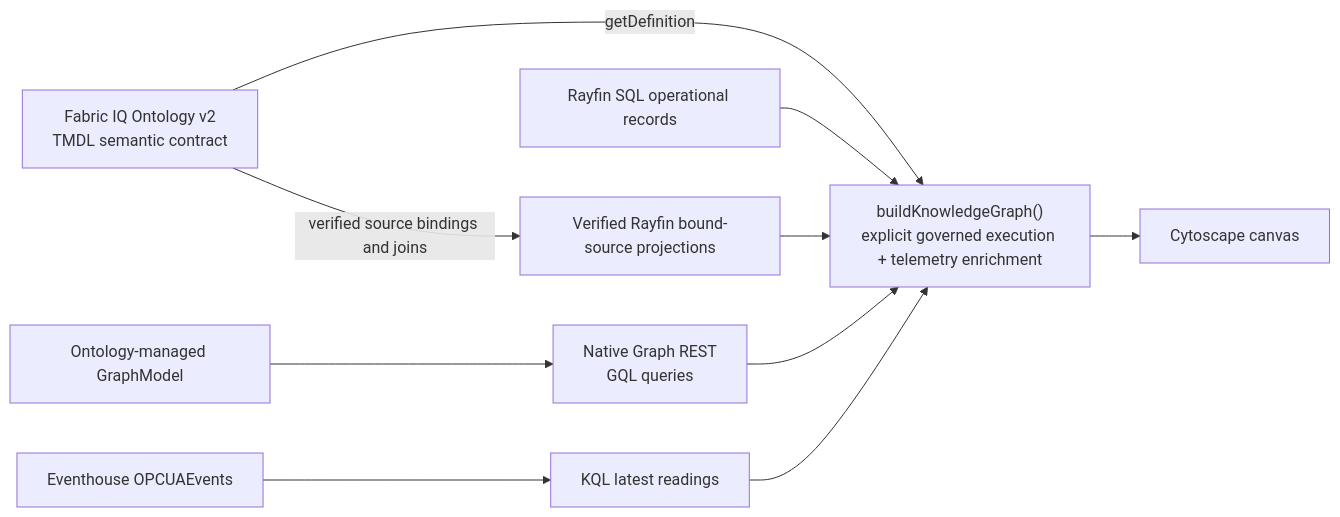
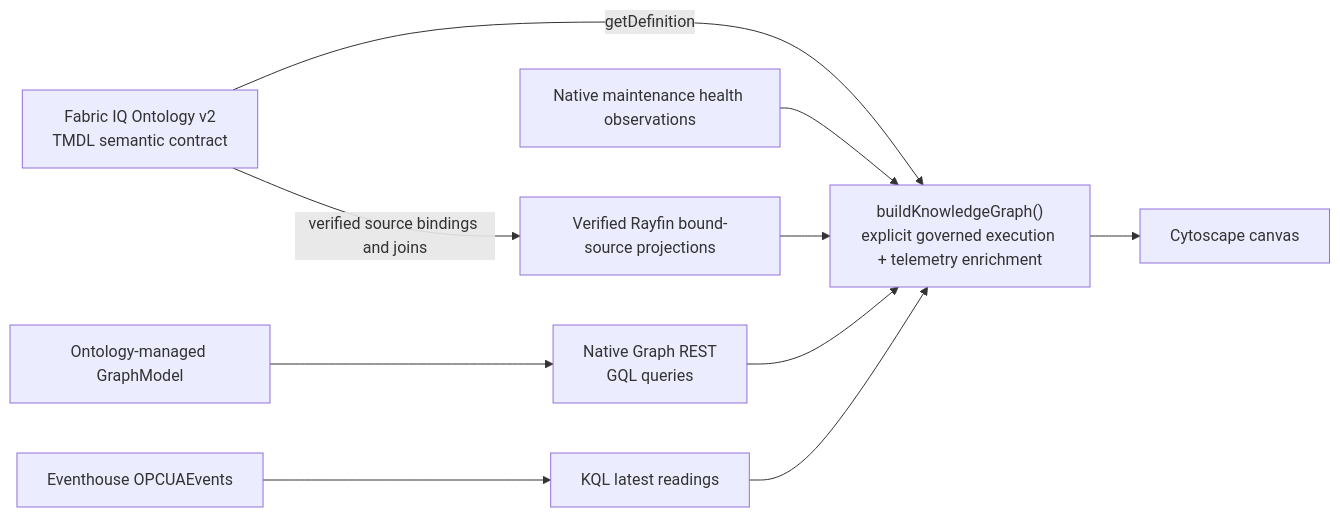
The diagram in docs/knowledge-graph.md (dibakardharchoudhury/FabricIQAppsDEMO), drawn with Mermaid before and after one commit. The commit also changed other lines of this file and 1 other file, not shown here.

````diff
--- a/docs/knowledge-graph.md
+++ b/docs/knowledge-graph.md
@@ -550,19 +563,19 @@
 ```mermaid
 flowchart LR
    DEF["Fabric IQ Ontology v2\nTMDL semantic contract"]
    GM["Ontology-managed GraphModel"]
    SRC["Verified Rayfin bound-source projections"]
     EH["Eventhouse OPCUAEvents"]
-    SQL["Rayfin SQL operational records"]
+    SQL["Native maintenance health observations"]
    GQL["Native Graph REST\nGQL queries"]
     KQL["KQL latest readings"]
    BUILD["buildKnowledgeGraph()\nexplicit governed execution + telemetry enrichment"]
     CY["Cytoscape canvas"]
 
    DEF -->|"getDefinition"| BUILD
    GM --> GQL --> BUILD
    DEF -->|"verified source bindings and joins"| SRC --> BUILD
     EH --> KQL --> BUILD
     SQL --> BUILD
     BUILD --> CY
 ```
````
